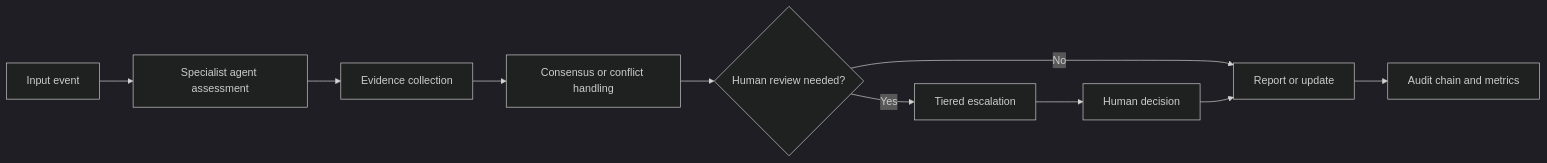
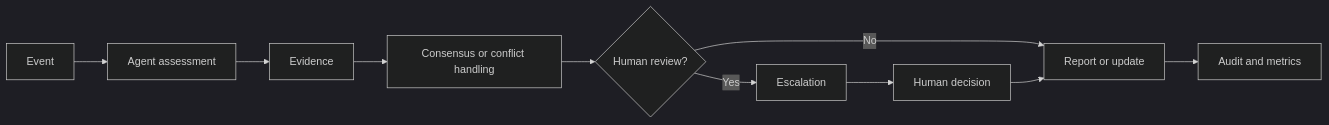
The diagram in README.md (atifkhani397/Compliance-monitoring), drawn with Mermaid (dark theme) before and after one commit. The commit also changed other lines of this file, not shown here.

````diff
--- a/README.md
+++ b/README.md
@@ -29,12 +28,12 @@
 ```mermaid
 flowchart LR
-    A[Input event] --> B[Specialist agent assessment]
-    B --> C[Evidence collection]
+    A[Event] --> B[Agent assessment]
+    B --> C[Evidence]
     C --> D[Consensus or conflict handling]
-    D --> E{Human review needed?}
+    D --> E{Human review?}
     E -- No --> F[Report or update]
-    E -- Yes --> G[Tiered escalation]
+    E -- Yes --> G[Escalation]
     G --> H[Human decision]
     H --> F
-    F --> I[Audit chain and metrics]
+    F --> I[Audit and metrics]
 ```
````
